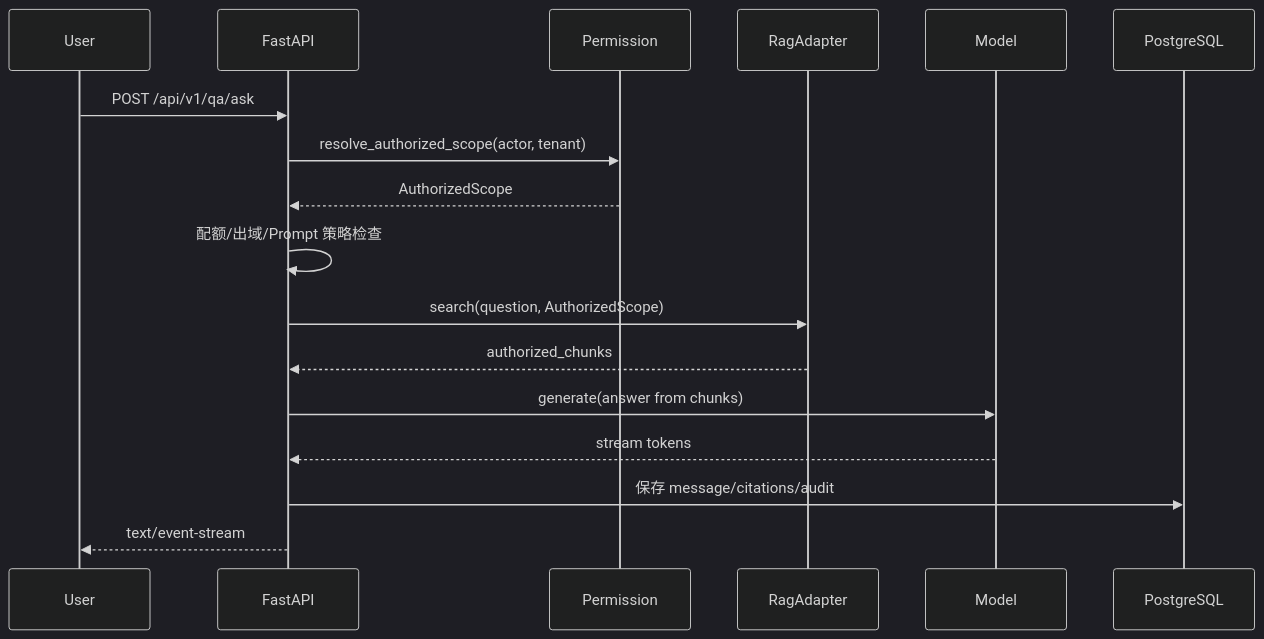
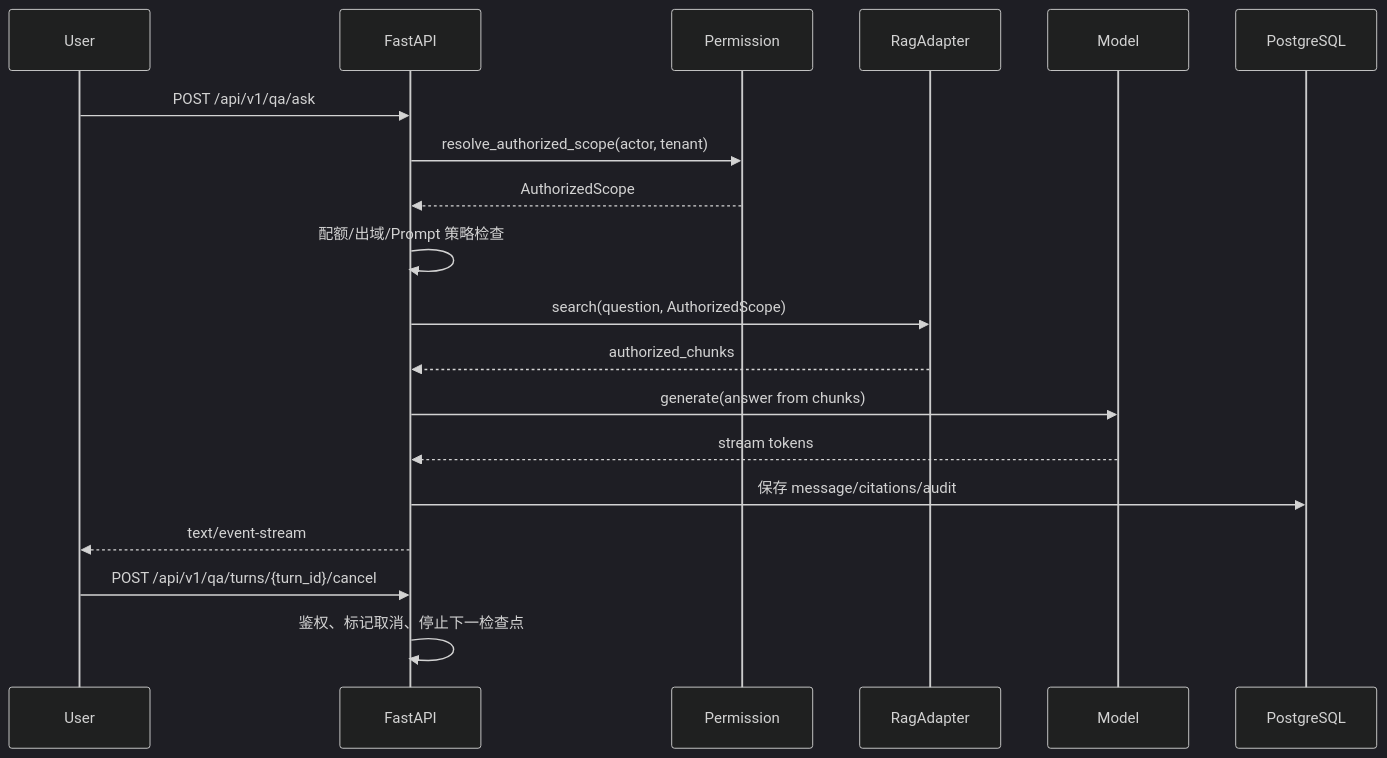
The third of 3 diagrams in docs/技术架构与详细设计_v1.0_2026-08-07.md (zl2796195822/EKB), drawn with Mermaid (dark theme) before and after one commit. The commit also changed other lines of this file and 110 other files, not shown here.

````diff
--- a/docs/技术架构与详细设计_v1.0_2026-08-07.md
+++ b/docs/技术架构与详细设计_v1.0_2026-08-07.md
@@ -147,19 +147,21 @@
 ```mermaid
 sequenceDiagram
   participant U as User
   participant API as FastAPI
   participant ACL as Permission
   participant RAG as RagAdapter
   participant LLM as Model
   participant DB as PostgreSQL
   U->>API: POST /api/v1/qa/ask
   API->>ACL: resolve_authorized_scope(actor, tenant)
   ACL-->>API: AuthorizedScope
   API->>API: 配额/出域/Prompt 策略检查
   API->>RAG: search(question, AuthorizedScope)
   RAG-->>API: authorized_chunks
   API->>LLM: generate(answer from chunks)
   LLM-->>API: stream tokens
   API->>DB: 保存 message/citations/audit
   API-->>U: text/event-stream
+  U->>API: POST /api/v1/qa/turns/{turn_id}/cancel
+  API->>API: 鉴权、标记取消、停止下一检查点
 ```
````
